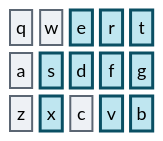
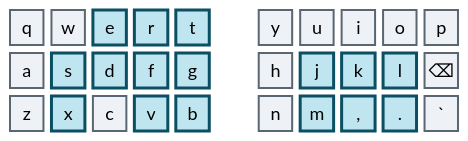
One commit to abloch/zmk-corne changed the third of 5 diagrams in 32-keys.md. Above: the diagram before and after it, drawn with Mermaid. The commit also changed other lines of this file and 3 other files, not shown here.

First line of the commit message:
Add combos.md, one diagram per combo

````diff
--- a/32-keys.md
+++ b/32-keys.md
@@ -121,15 +79,15 @@
 ```mermaid
 %%{init: {'theme':'base','themeVariables':{'primaryColor':'#eef1f5','primaryTextColor':'#0b0f14','primaryBorderColor':'#5b6673','nodeTextColor':'#0b0f14','textColor':'#0b0f14','mainBkg':'#eef1f5','fontSize':'18px'}}}%%
 block
-columns 5
+columns 11
 
-  q w e r t
-  a s d f g
-  z x c v b
+  q w e r t space y u i o p
+  a s d f g space h j k l bspc["⌫"]
+  z x c v b space n m cma[","] dot["."] grv[" `"]
 
   classDef punc fill:#bfe6f0,stroke:#0a4f63,stroke-width:3px,color:#04222b
   classDef core fill:#eef1f5,stroke:#5b6673,stroke-width:2px,color:#0b0f14
 
-  class e,r,s,d,f,g,t,x,v,b punc
-  class q,w,a,z,c core
+  class e,r,s,d,f,g,t,x,v,b,j,k,l,m,cma,dot punc
+  class q,w,a,z,c,y,u,i,o,p,h,bspc,n,grv core
 ```
````
